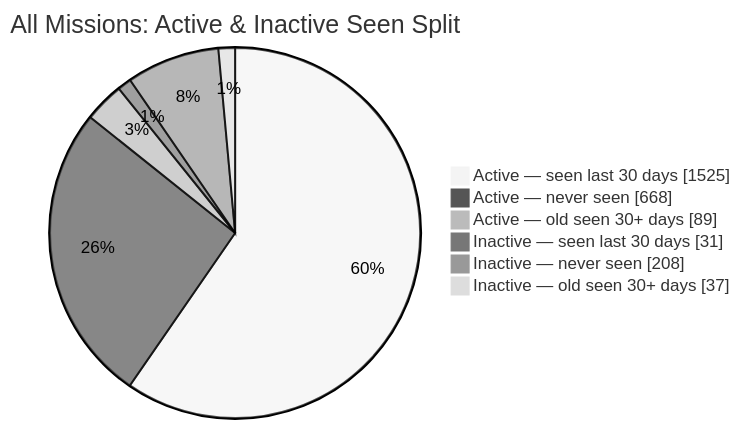
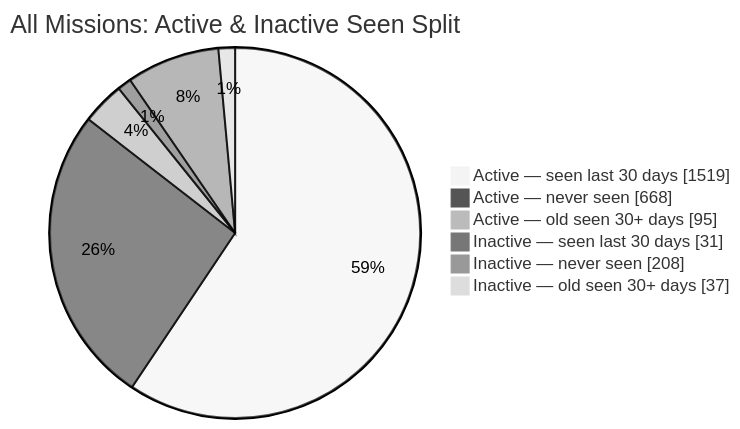
One commit to MeldkamerspelGameTeam/active-missions changed the second of 2 diagrams in README.md. Above: the diagram before and after it, drawn with Mermaid (neutral theme). The commit also changed other lines of this file and 2 other files, not shown here.

````diff
--- a/README.md
+++ b/README.md
@@ -44,10 +44,10 @@
 ```mermaid
 pie showData
     title All Missions: Active & Inactive Seen Split
-    "Active — seen last 30 days" : 1525
+    "Active — seen last 30 days" : 1519
     "Active — never seen" : 668
-    "Active — old seen 30+ days" : 89
+    "Active — old seen 30+ days" : 95
     "Inactive — seen last 30 days" : 31
     "Inactive — never seen" : 208
     "Inactive — old seen 30+ days" : 37
 ```
````
